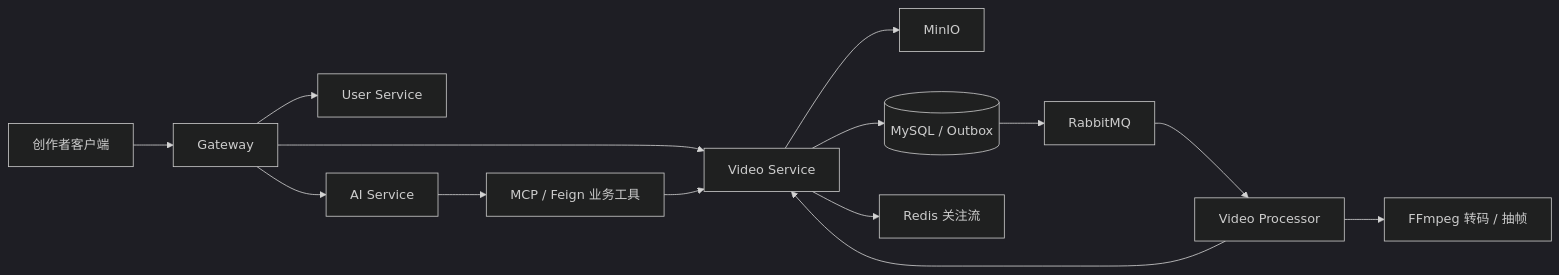
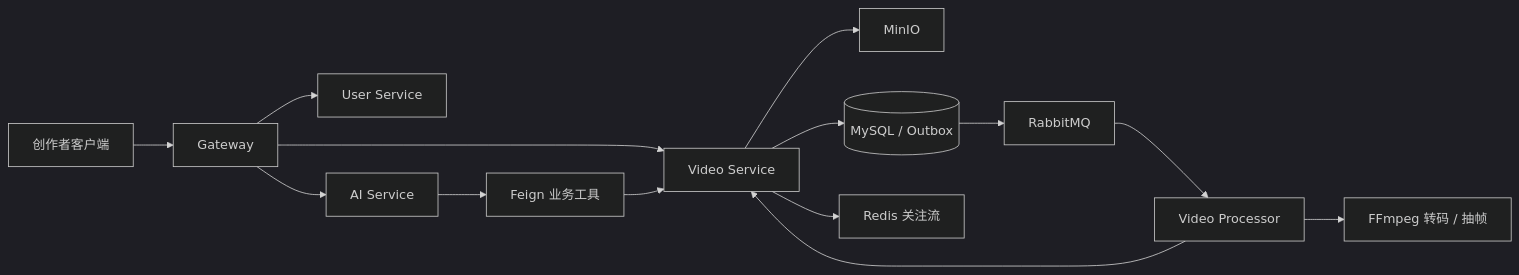
The diagram in README.md (Yakuso234/SW), drawn with Mermaid (dark theme) before and after one commit. The commit also changed other lines of this file and 3 other files, not shown here.

````diff
--- a/README.md
+++ b/README.md
@@ -9,16 +9,16 @@
 ```mermaid
 flowchart LR
     C["创作者客户端"] --> G["Gateway"]
     G --> U["User Service"]
     G --> V["Video Service"]
     V --> M["MinIO"]
     V --> D[("MySQL / Outbox")]
     D --> Q["RabbitMQ"]
     Q --> P["Video Processor"]
     P --> F["FFmpeg 转码 / 抽帧"]
     P --> V
     V --> R["Redis 关注流"]
     G --> A["AI Service"]
-    A --> T["MCP / Feign 业务工具"]
+    A --> T["Feign 业务工具"]
     T --> V
 ```
````
